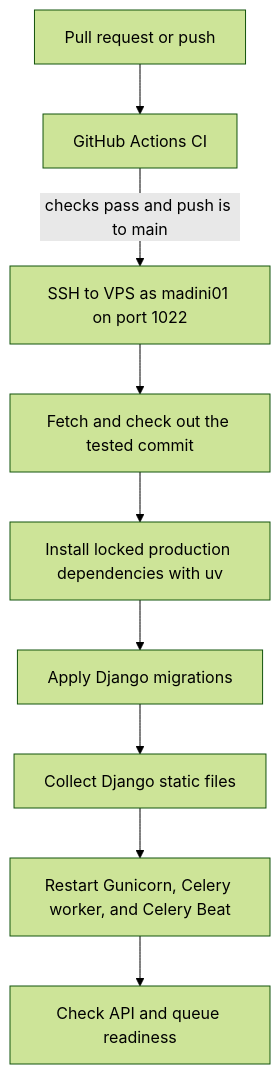
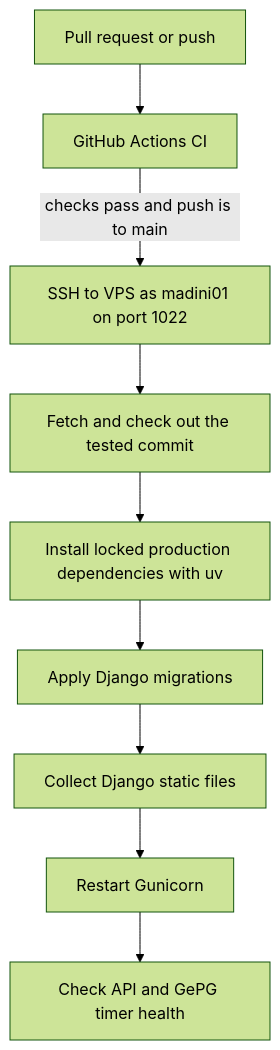
Before and after one commit to TGCTZ/TGC-SERVICE-BACKEND: the diagram in docs/deployment.md, drawn with Mermaid (forest theme). The commit also changed other lines of this file and 27 other files, not shown here.

````diff
--- a/docs/deployment.md
+++ b/docs/deployment.md
@@ -8,11 +8,11 @@
 ```mermaid
 flowchart TD
     DEV[Pull request or push] --> CI[GitHub Actions CI]
     CI -->|checks pass and push is to main| SSH[SSH to VPS as madini01 on port 1022]
     SSH --> SHA[Fetch and check out the tested commit]
     SHA --> DEPS[Install locked production dependencies with uv]
     DEPS --> MIGRATE[Apply Django migrations]
     MIGRATE --> STATIC[Collect Django static files]
-    STATIC --> RESTART[Restart Gunicorn, Celery worker, and Celery Beat]
-    RESTART --> READY[Check API and queue readiness]
+    STATIC --> RESTART[Restart Gunicorn]
+    RESTART --> READY[Check API and GePG timer health]
 ```
````
